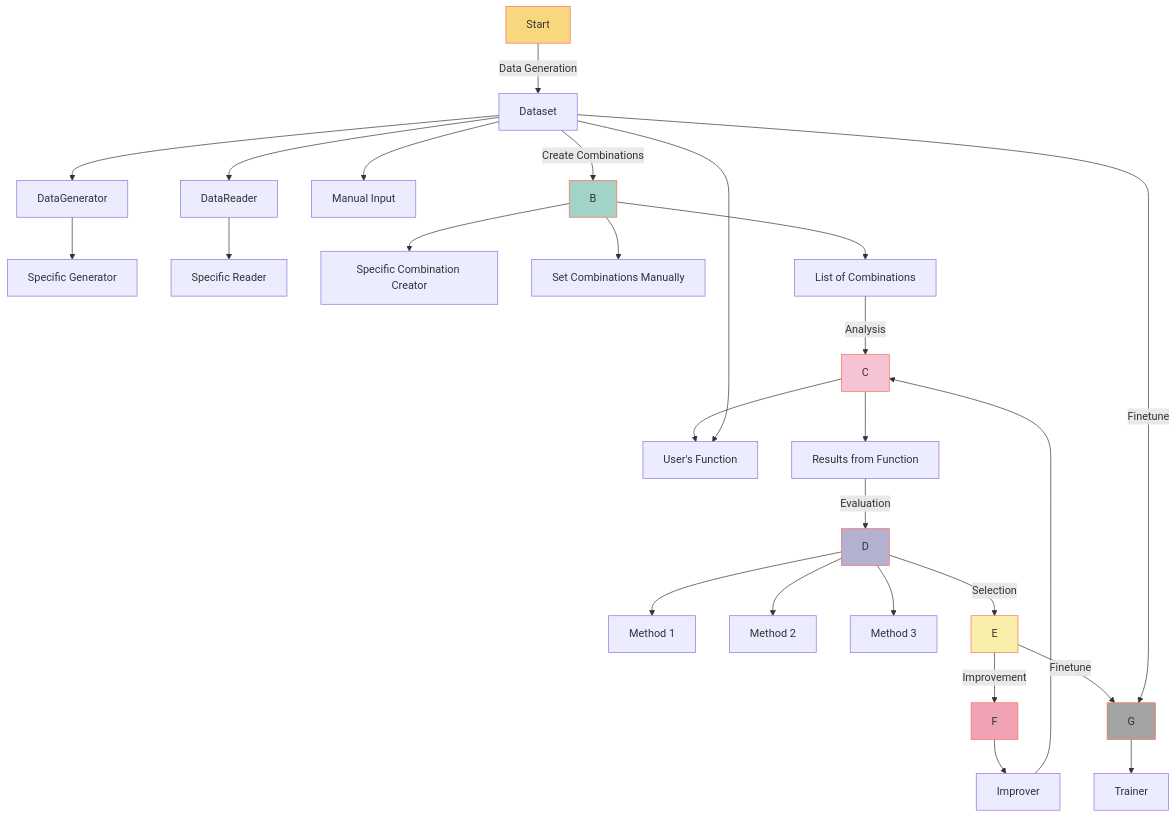
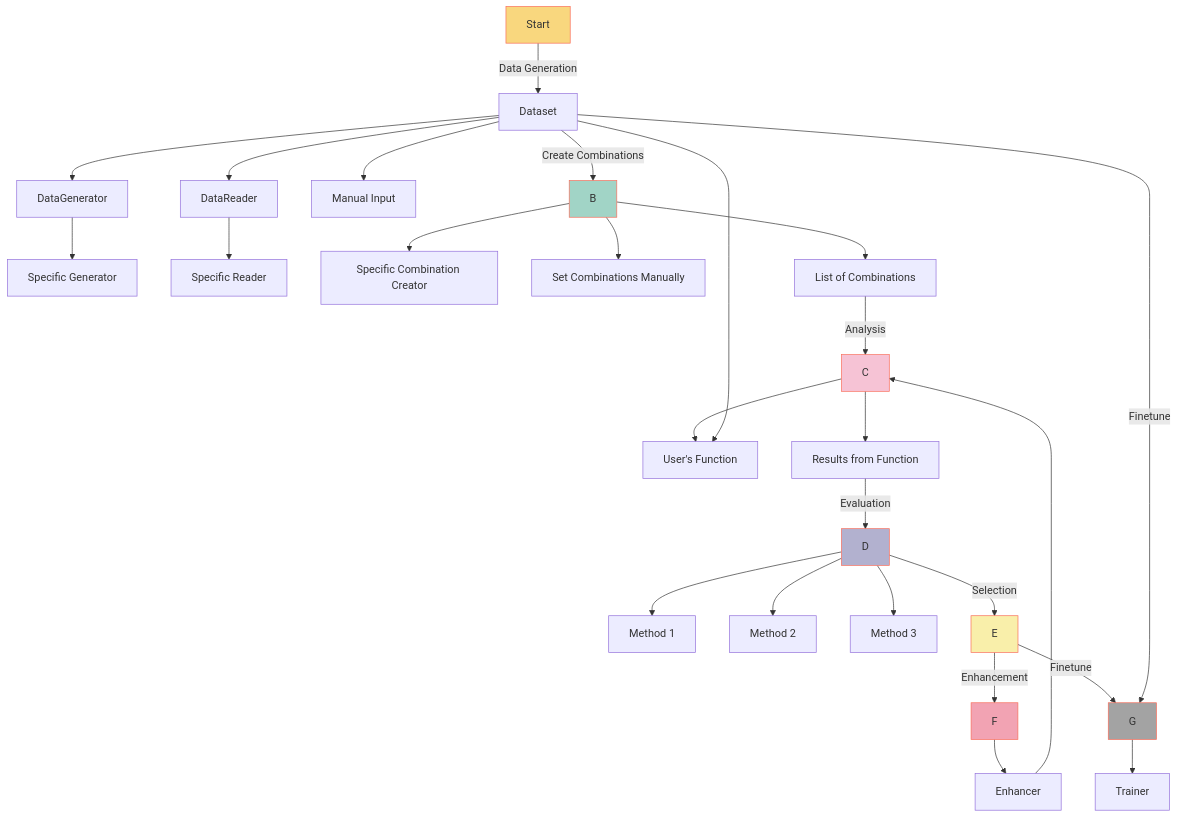
One commit to YiVal/YiVal changed the diagram in docs/architecture.md. Above: the diagram before and after it, drawn with Mermaid. The commit also changed other lines of this file and 8 other files, not shown here.

````diff
--- a/docs/architecture.md
+++ b/docs/architecture.md
@@ -4,54 +4,54 @@
 ```mermaid
 flowchart TD
 
     %% Data Generation Stage
     A[Start]
     A --> |Data Generation| A1[Dataset]
     A1 --> A2[DataGenerator]
     A2 --> A3[Specific Generator]
     A1 --> A4[DataReader]
     A4 --> A5[Specific Reader]
     A1 --> A6[Manual Input]
 
     %% Create Combinations Stage
     A1 --> |Create Combinations| B
     B --> B1[Specific Combination Creator]
     B --> B2[Set Combinations Manually]
     B --> B3[List of Combinations]
 
     %% Evaluate Stage
     B3 --> |Analysis| C
     C --> C1[User's Function]
     C --> C2[Results from Function]
     A1 --> C1
 
     %% Evaluator Stage
     C2 --> |Evaluation| D
     D --> D1[Method 1]
     D --> D2[Method 2]
     D --> D3[Method 3]
 
     %% Select Stage
     D --> |Selection| E
 
-    %% Improver Stage
-    E --> |Improvement| F
-    F --> F1[Improver]
+    %% Enhancer Stage
+    E --> |Enhancement| F
+    F --> F1[Enhancer]
     F1 --> C
 
     %% Trainer Stage
     E --> |Finetune| G
     A1 --> |Finetune| G
     G --> G1[Trainer]
 
 
     %% Styling
     style A fill:#f9d77e,stroke:#f96e5b
     style B fill:#a1d4c6,stroke:#f96e5b
     style C fill:#f6c3d5,stroke:#f96e5b
     style D fill:#b2b1cf,stroke:#f96e5b
     style E fill:#f9efaa,stroke:#f96e5b
     style F fill:#f2a3b3,stroke:#f96e5b
     style G fill:#a3a3a3,stroke:#f96e5b
 
 ```
````
